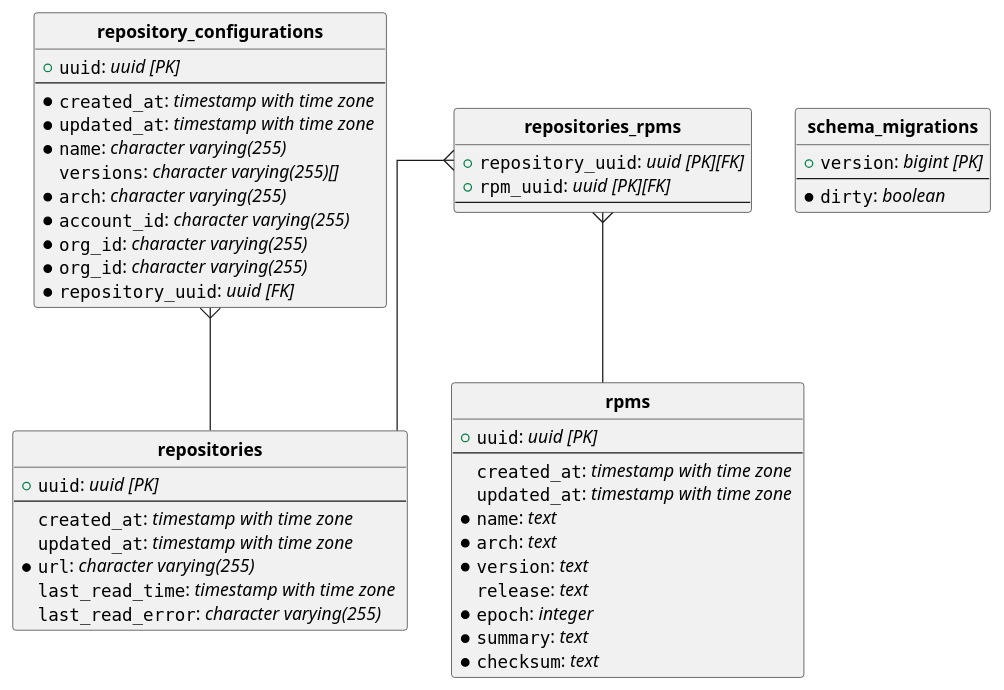
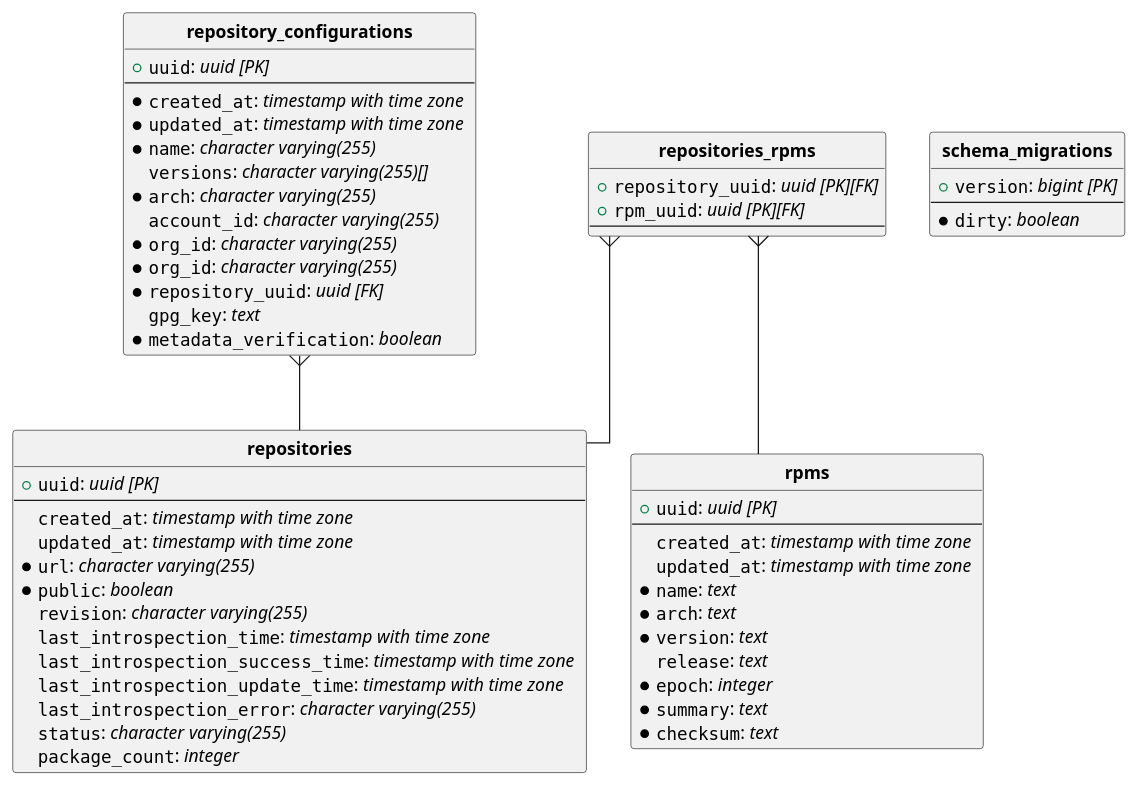
Before and after one commit to content-services/content-sources-backend: the diagram in docs/db-model.puml, drawn with PlantUML. The commit also changed 4 other files, not shown here.

```diff
--- a/docs/db-model.puml
+++ b/docs/db-model.puml
@@ -1,60 +1,68 @@
 @startuml
 hide circle
 skinparam linetype ortho
 
 entity "**repositories**" {
   + ""uuid"": //uuid [PK]//
   --
   ""created_at"": //timestamp with time zone //
   ""updated_at"": //timestamp with time zone //
   *""url"": //character varying(255) //
-  ""last_read_time"": //timestamp with time zone //
-  ""last_read_error"": //character varying(255) //
+  *""public"": //boolean //
+  ""revision"": //character varying(255) //
+  ""last_introspection_time"": //timestamp with time zone //
+  ""last_introspection_success_time"": //timestamp with time zone //
+  ""last_introspection_update_time"": //timestamp with time zone //
+  ""last_introspection_error"": //character varying(255) //
+  ""status"": //character varying(255) //
+  ""package_count"": //integer //
 }
 
 entity "**repositories_rpms**" {
   + ""repository_uuid"": //uuid [PK][FK]//
   + ""rpm_uuid"": //uuid [PK][FK]//
   --
 }
 
 entity "**repository_configurations**" {
   + ""uuid"": //uuid [PK]//
   --
   *""created_at"": //timestamp with time zone //
   *""updated_at"": //timestamp with time zone //
   *""name"": //character varying(255) //
   ""versions"": //character varying(255)[] //
   *""arch"": //character varying(255) //
-  *""account_id"": //character varying(255) //
+  ""account_id"": //character varying(255) //
   *""org_id"": //character varying(255) //
   *""org_id"": //character varying(255) //
   *""repository_uuid"": //uuid [FK]//
+  ""gpg_key"": //text //
+  *""metadata_verification"": //boolean //
 }
 
 entity "**rpms**" {
   + ""uuid"": //uuid [PK]//
   --
   ""created_at"": //timestamp with time zone //
   ""updated_at"": //timestamp with time zone //
   *""name"": //text //
   *""arch"": //text //
   *""version"": //text //
   ""release"": //text //
   *""epoch"": //integer //
   *""summary"": //text //
   *""checksum"": //text //
 }
 
 entity "**schema_migrations**" {
   + ""version"": //bigint [PK]//
   --
   *""dirty"": //boolean //
 }
 
 "**repositories_rpms**"   }--  "**repositories**"
 
 "**repositories_rpms**"   }--  "**rpms**"
 
 "**repository_configurations**"   }--  "**repositories**"
 @enduml
```
